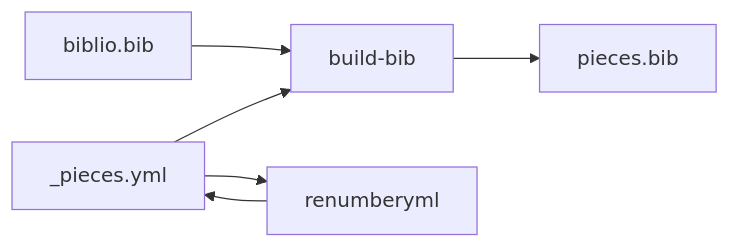
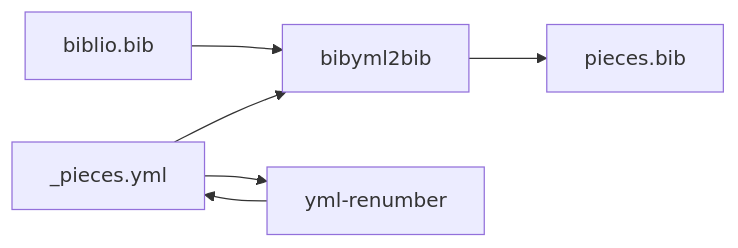
The fourth of 6 diagrams in linto-guide/biblio.md (chris2fr/linto), drawn with Mermaid before and after one commit. The commit also changed other lines of this file and 20 other files, not shown here.

Commit message:
Rename biblio commands and add bibyml2bib

````diff
--- a/linto-guide/biblio.md
+++ b/linto-guide/biblio.md
@@ -55,5 +77,5 @@
 ```mermaid
 flowchart LR
-_pieces.yml & biblio.bib --> build-bib --> pieces.bib
-_pieces.yml --> renumberyml --> _pieces.yml
+_pieces.yml & biblio.bib --> bibyml2bib --> pieces.bib
+_pieces.yml --> yml-renumber --> _pieces.yml
 ```
````
